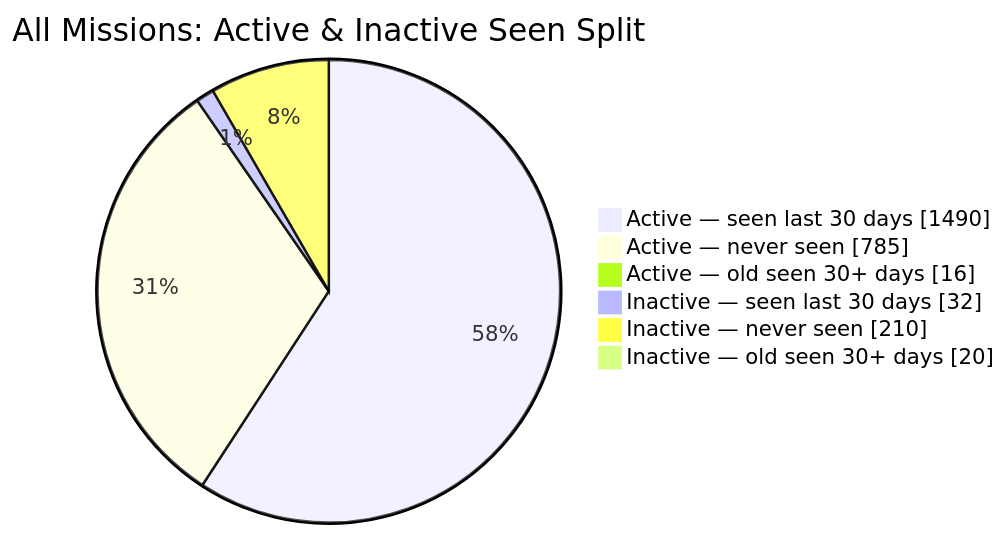
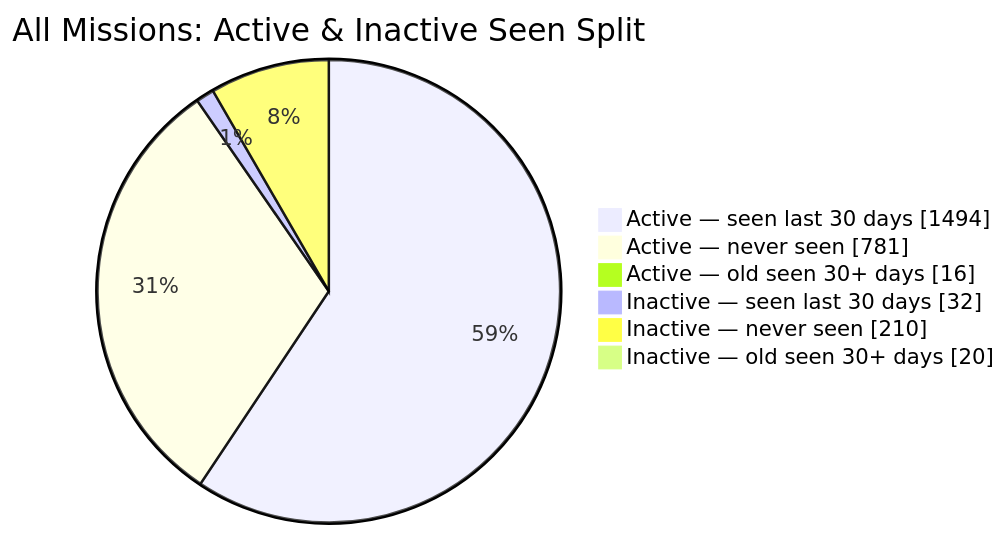
The second of 2 diagrams in README.md (MeldkamerspelGameTeam/active-missions), drawn with Mermaid before and after one commit. The commit also changed other lines of this file and 2 other files, not shown here.

````diff
--- a/README.md
+++ b/README.md
@@ -44,10 +44,10 @@
 ```mermaid
 pie showData
     title All Missions: Active & Inactive Seen Split
-    "Active — seen last 30 days" : 1490
-    "Active — never seen" : 785
+    "Active — seen last 30 days" : 1494
+    "Active — never seen" : 781
     "Active — old seen 30+ days" : 16
     "Inactive — seen last 30 days" : 32
     "Inactive — never seen" : 210
     "Inactive — old seen 30+ days" : 20
 ```
````
